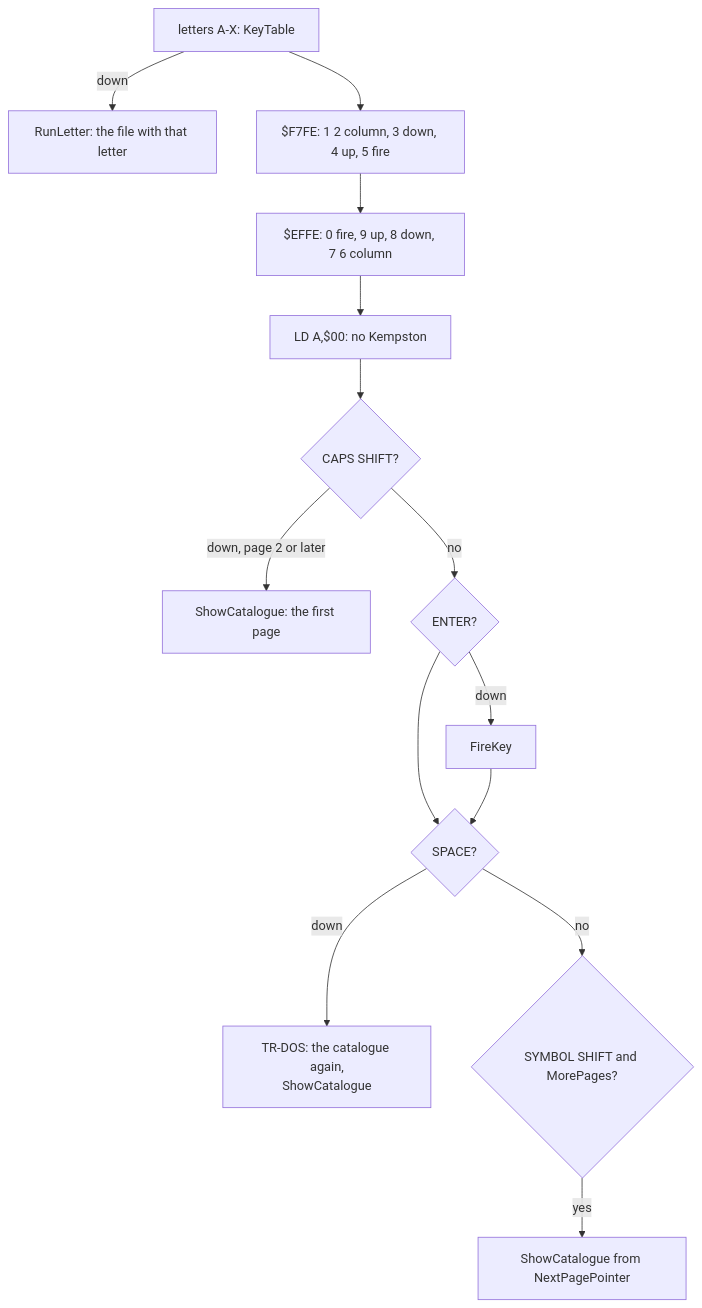
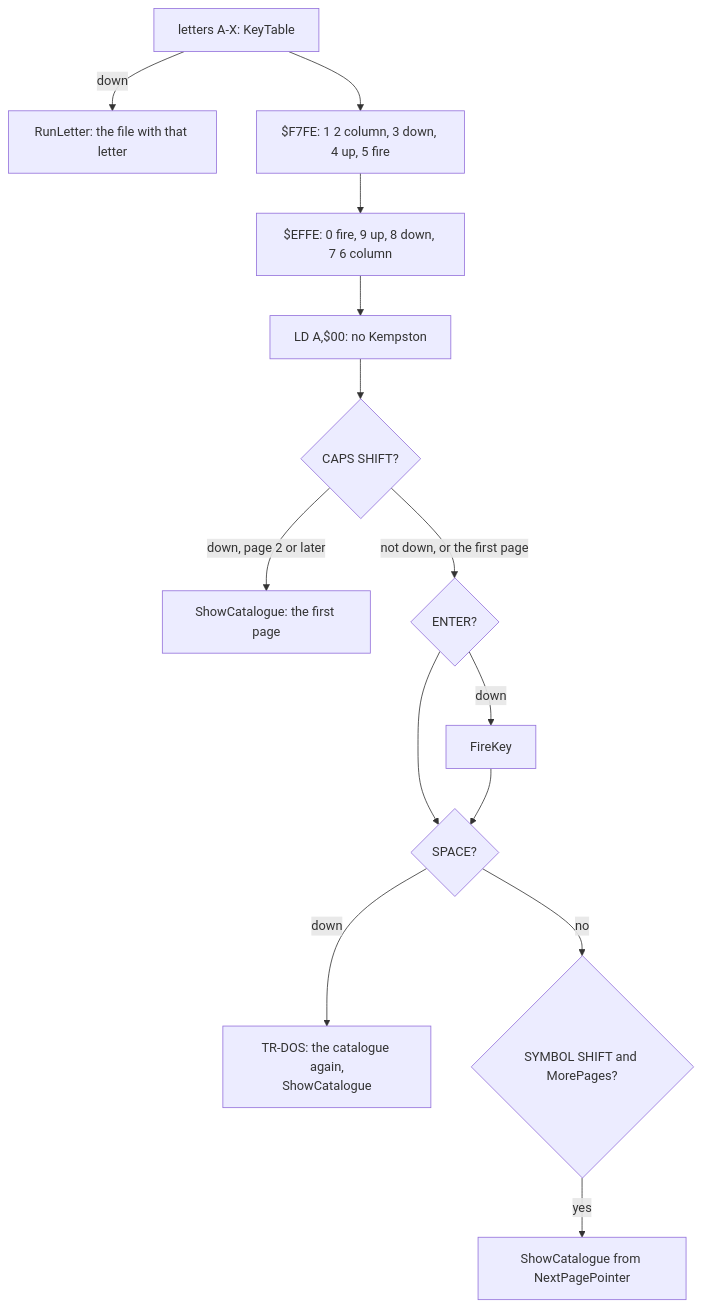
One commit to alfishe/unrealng-reverse-cases changed the first of 3 diagrams in software/zyx-boot/docs/05-keys.md. Above: the diagram before and after it, drawn with Mermaid. The commit also changed other lines of this file and 45 other files, not shown here.

````diff
--- a/software/zyx-boot/docs/05-keys.md
+++ b/software/zyx-boot/docs/05-keys.md
@@ -48,16 +48,16 @@
 ```mermaid
 flowchart TD
     L["letters A-X: KeyTable"] -->|"down"| RL["RunLetter: the file with that letter"]
     L --> D1["$F7FE: 1 2 column, 3 down, 4 up, 5 fire"]
     D1 --> D2["$EFFE: 0 fire, 9 up, 8 down, 7 6 column"]
     D2 --> K["LD A,$00: no Kempston"]
     K --> CS{"CAPS SHIFT?"}
     CS -->|"down, page 2 or later"| F["ShowCatalogue: the first page"]
-    CS -->|"no"| EN{"ENTER?"}
+    CS -->|"not down, or the first page"| EN{"ENTER?"}
     EN -->|"down"| FK["FireKey"]
     EN --> SP{"SPACE?"}
     FK --> SP
     SP -->|"down"| NEW["TR-DOS: the catalogue again,<br/>ShowCatalogue"]
     SP -->|"no"| SS{"SYMBOL SHIFT and MorePages?"}
     SS -->|"yes"| NX["ShowCatalogue from NextPagePointer"]
 ```
````
